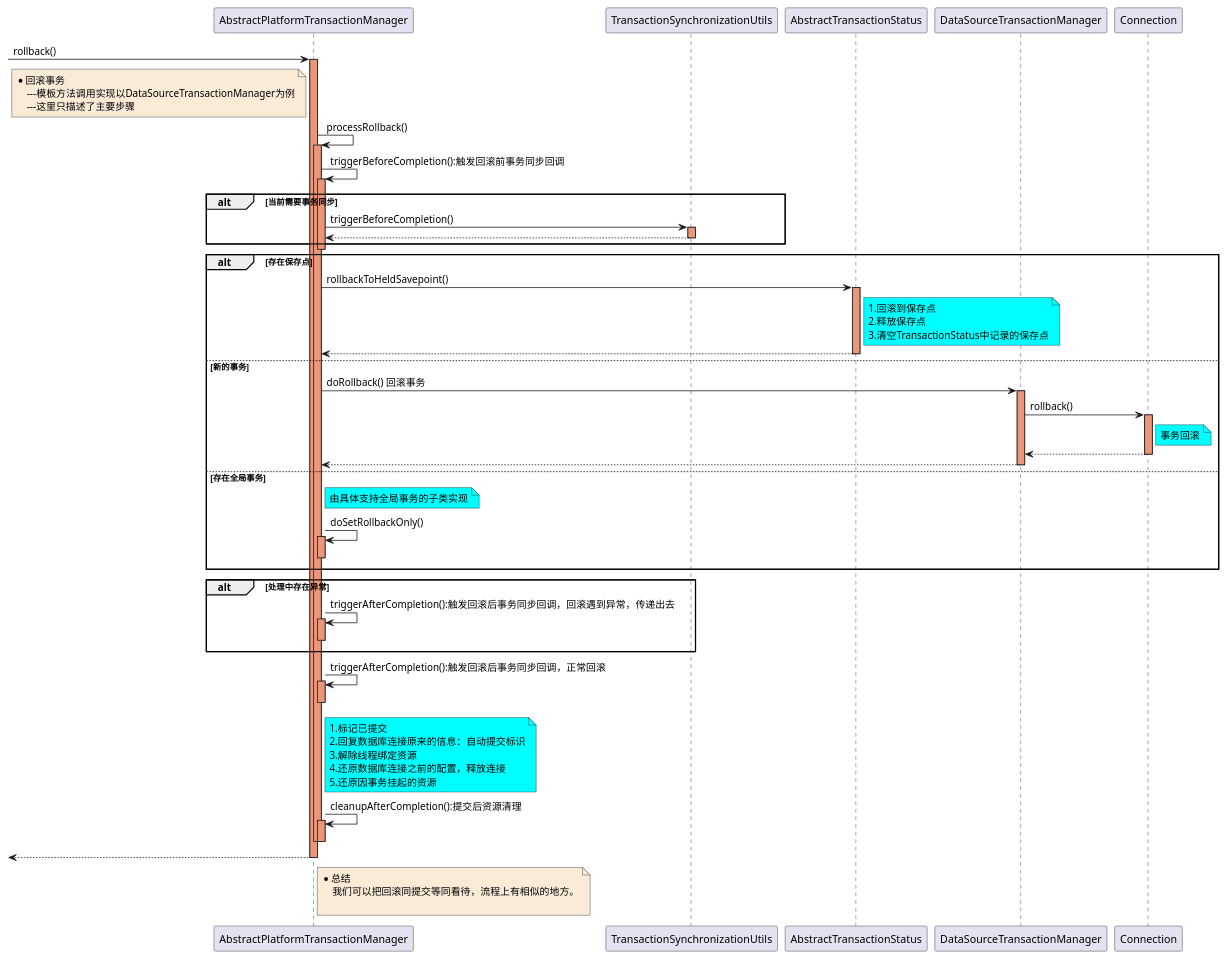
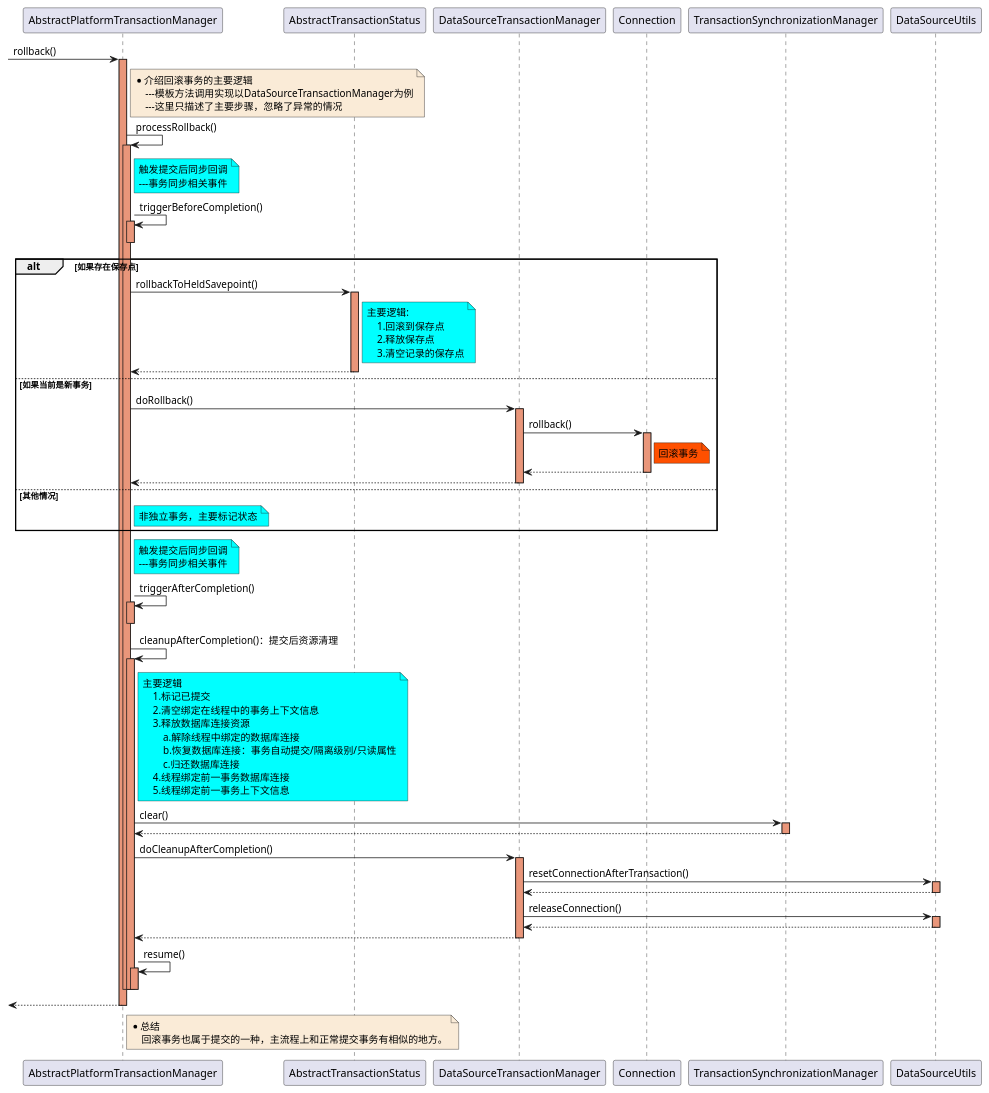
Before and after one commit to czwer/learn-spring-code: the diagram in document/spring/data/sequence/Transaction-AbstractPlatformTransactionManager_rollback-sequence.puml, drawn with PlantUML. The commit also changed 23 other files, not shown here.

```diff
--- a/document/spring/data/sequence/Transaction-AbstractPlatformTransactionManager_rollback-sequence.puml
+++ b/document/spring/data/sequence/Transaction-AbstractPlatformTransactionManager_rollback-sequence.puml
@@ -1,93 +1,118 @@
 @startuml
 -> AbstractPlatformTransactionManager: rollback()
 activate AbstractPlatformTransactionManager #DarkSalmon
 
-    note left of AbstractPlatformTransactionManager #FAEBD7
-        *回滚事务
+    note right of AbstractPlatformTransactionManager #FAEBD7
+        *介绍回滚事务的主要逻辑
             ---模板方法调用实现以DataSourceTransactionManager为例
-            ---这里只描述了主要步骤
+            ---这里只描述了主要步骤，忽略了异常的情况
     end note
 
     AbstractPlatformTransactionManager -> AbstractPlatformTransactionManager : processRollback()
     activate AbstractPlatformTransactionManager #DarkSalmon
 
-        AbstractPlatformTransactionManager -> AbstractPlatformTransactionManager : triggerBeforeCompletion():触发回滚前事务同步回调
+         note right of AbstractPlatformTransactionManager #aqua
+                    触发提交后同步回调
+                    ---事务同步相关事件
+                end note
+
+        AbstractPlatformTransactionManager -> AbstractPlatformTransactionManager : triggerBeforeCompletion()
         activate AbstractPlatformTransactionManager #DarkSalmon
-            alt 当前需要事务同步
-                AbstractPlatformTransactionManager -> TransactionSynchronizationUtils : triggerBeforeCompletion()
-                activate TransactionSynchronizationUtils #DarkSalmon
-                TransactionSynchronizationUtils --> AbstractPlatformTransactionManager
-                deactivate TransactionSynchronizationUtils
-
-            end
         deactivate AbstractPlatformTransactionManager
 
-        alt 存在保存点
+        alt 如果存在保存点
             AbstractPlatformTransactionManager -> AbstractTransactionStatus : rollbackToHeldSavepoint()
             activate AbstractTransactionStatus #DarkSalmon
                 note right of AbstractTransactionStatus #aqua
-                    1.回滚到保存点
-                    2.释放保存点
-                    3.清空TransactionStatus中记录的保存点
+                    主要逻辑:
+                        1.回滚到保存点
+                        2.释放保存点
+                        3.清空记录的保存点
                 end note
             AbstractTransactionStatus --> AbstractPlatformTransactionManager
             deactivate AbstractTransactionStatus
-        else 新的事务
-            AbstractPlatformTransactionManager -> DataSourceTransactionManager : doRollback() 回滚事务
+        else 如果当前是新事务
+            AbstractPlatformTransactionManager -> DataSourceTransactionManager : doRollback()
             activate DataSourceTransactionManager #DarkSalmon
 
                 DataSourceTransactionManager -> Connection : rollback()
                 activate Connection #DarkSalmon
-                    note right of Connection #aqua
-                        事务回滚
+                    note right of Connection #FF5000
+                        回滚事务
                     end note
                 Connection --> DataSourceTransactionManager
                 deactivate Connection
 
             DataSourceTransactionManager --> AbstractPlatformTransactionManager
             deactivate DataSourceTransactionManager
 
-        else 存在全局事务
+        else 其他情况
             note right of AbstractPlatformTransactionManager #aqua
-                由具体支持全局事务的子类实现
+                非独立事务，主要标记状态
             end note
-            AbstractPlatformTransactionManager -> AbstractPlatformTransactionManager : doSetRollbackOnly()
+
+        end
+
+
+        note right of AbstractPlatformTransactionManager #aqua
+            触发提交后同步回调
+            ---事务同步相关事件
+        end note
+
+        AbstractPlatformTransactionManager -> AbstractPlatformTransactionManager : triggerAfterCompletion()
+        activate AbstractPlatformTransactionManager #DarkSalmon
+        deactivate AbstractPlatformTransactionManager
+
+        AbstractPlatformTransactionManager -> AbstractPlatformTransactionManager : cleanupAfterCompletion()：提交后资源清理
+        activate AbstractPlatformTransactionManager #DarkSalmon
+            note right of AbstractPlatformTransactionManager #aqua
+                主要逻辑
+                    1.标记已提交
+                    2.清空绑定在线程中的事务上下文信息
+                    3.释放数据库连接资源
+                        a.解除线程中绑定的数据库连接
+                        b.恢复数据库连接：事务自动提交/隔离级别/只读属性
+                        c.归还数据库连接
+                    4.线程绑定前一事务数据库连接
+                    5.线程绑定前一事务上下文信息
+            end note
+
+            AbstractPlatformTransactionManager -> TransactionSynchronizationManager: clear()
+            activate TransactionSynchronizationManager #DarkSalmon
+            TransactionSynchronizationManager --> AbstractPlatformTransactionManager
+            deactivate TransactionSynchronizationManager
+
+
+            AbstractPlatformTransactionManager -> DataSourceTransactionManager : doCleanupAfterCompletion()
+            activate DataSourceTransactionManager #DarkSalmon
+
+                DataSourceTransactionManager -> DataSourceUtils : resetConnectionAfterTransaction()
+                activate DataSourceUtils #DarkSalmon
+                DataSourceUtils --> DataSourceTransactionManager
+                deactivate DataSourceUtils
+
+                DataSourceTransactionManager -> DataSourceUtils : releaseConnection()
+                activate DataSourceUtils #DarkSalmon
+                DataSourceUtils --> DataSourceTransactionManager
+                deactivate DataSourceUtils
+
+            DataSourceTransactionManager --> AbstractPlatformTransactionManager
+            deactivate DataSourceTransactionManager
+
+            AbstractPlatformTransactionManager -> AbstractPlatformTransactionManager : resume()
             activate AbstractPlatformTransactionManager #DarkSalmon
             deactivate AbstractPlatformTransactionManager
 
-        end
-
-        alt 处理中存在异常
-            AbstractPlatformTransactionManager -> AbstractPlatformTransactionManager : triggerAfterCompletion():触发回滚后事务同步回调，回滚遇到异常，传递出去
-            activate AbstractPlatformTransactionManager #DarkSalmon
-            deactivate AbstractPlatformTransactionManager
-        end
-
-        AbstractPlatformTransactionManager -> AbstractPlatformTransactionManager : triggerAfterCompletion():触发回滚后事务同步回调，正常回滚
-        activate AbstractPlatformTransactionManager #DarkSalmon
-        deactivate AbstractPlatformTransactionManager
-
-        note right of AbstractPlatformTransactionManager #aqua
-            1.标记已提交
-            2.回复数据库连接原来的信息：自动提交标识
-            3.解除线程绑定资源
-            4.还原数据库连接之前的配置，释放连接
-            5.还原因事务挂起的资源
-        end note
-        AbstractPlatformTransactionManager -> AbstractPlatformTransactionManager : cleanupAfterCompletion():提交后资源清理
-        activate AbstractPlatformTransactionManager #DarkSalmon
         deactivate AbstractPlatformTransactionManager
 
     deactivate AbstractPlatformTransactionManager
-
 
 <-- AbstractPlatformTransactionManager
 deactivate AbstractPlatformTransactionManager
 
 note right of AbstractPlatformTransactionManager #FAEBD7
     *总结
-        我们可以把回滚同提交等同看待，流程上有相似的地方。
-
+        回滚事务也属于提交的一种，主流程上和正常提交事务有相似的地方。
 end note
 
 @enduml
```
